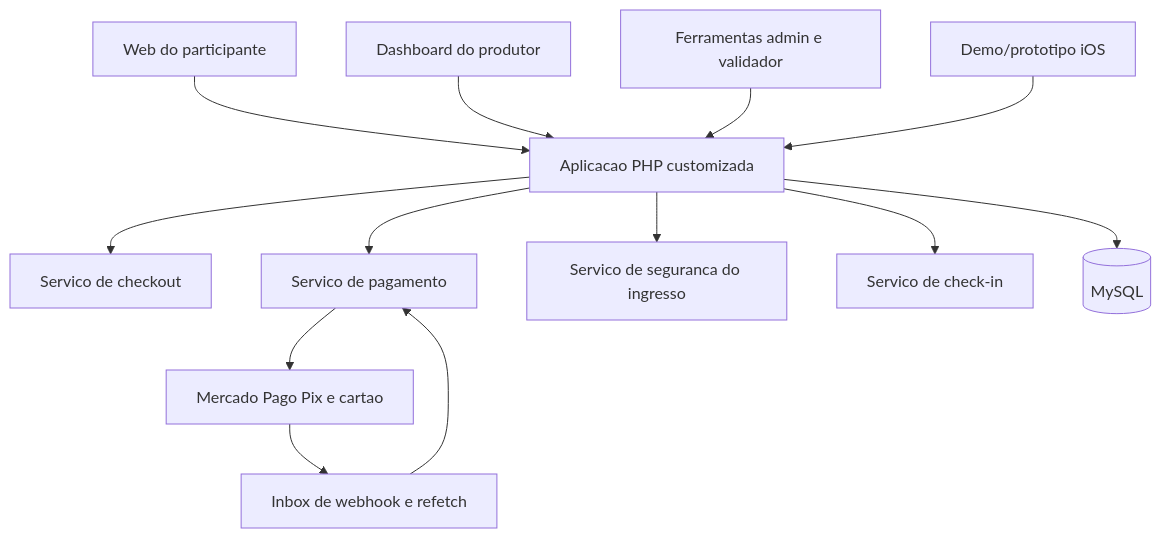
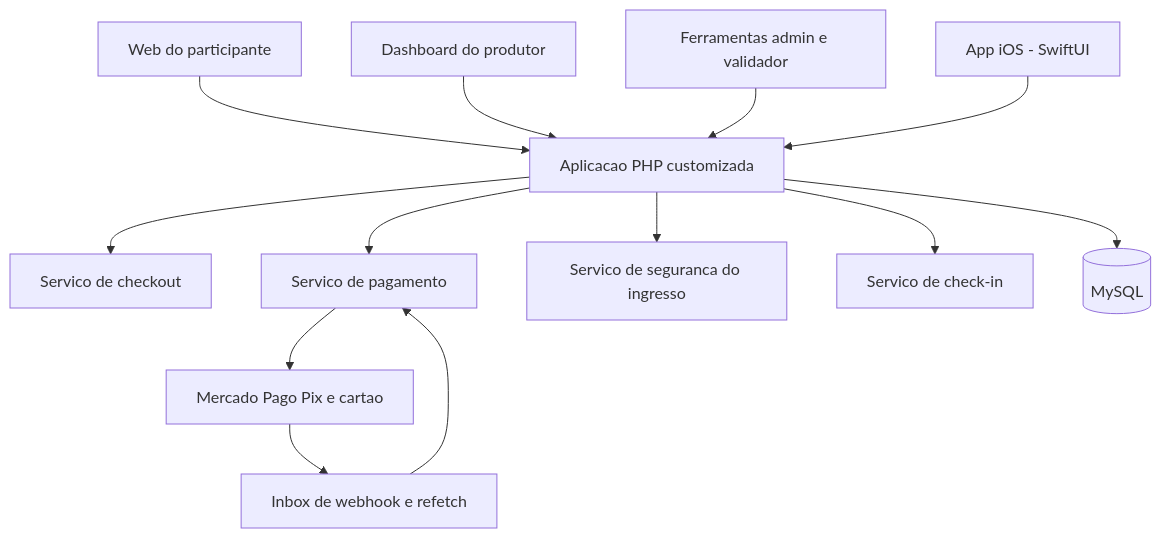
One commit to filpe19/tickiton-case-study changed the second of 2 diagrams in README.md. Above: the diagram before and after it, drawn with Mermaid. The commit also changed other lines of this file, not shown here.

Commit message:
docs: iOS app is live on the App Store, add load test result

````diff
--- a/README.md
+++ b/README.md
@@ -40,17 +42,17 @@
 ```mermaid
 flowchart TB
     A[Web do participante] --> D[Aplicacao PHP customizada]
     B[Dashboard do produtor] --> D
     C[Ferramentas admin e validador] --> D
-    M[Demo/prototipo iOS] --> D
+    M[App iOS - SwiftUI] --> D
 
     D --> E[Servico de checkout]
     D --> F[Servico de pagamento]
     D --> G[Servico de seguranca do ingresso]
     D --> H[Servico de check-in]
     D --> I[(MySQL)]
 
     F --> J[Mercado Pago Pix e cartao]
     J --> K[Inbox de webhook e refetch]
     K --> F
 ```
````
